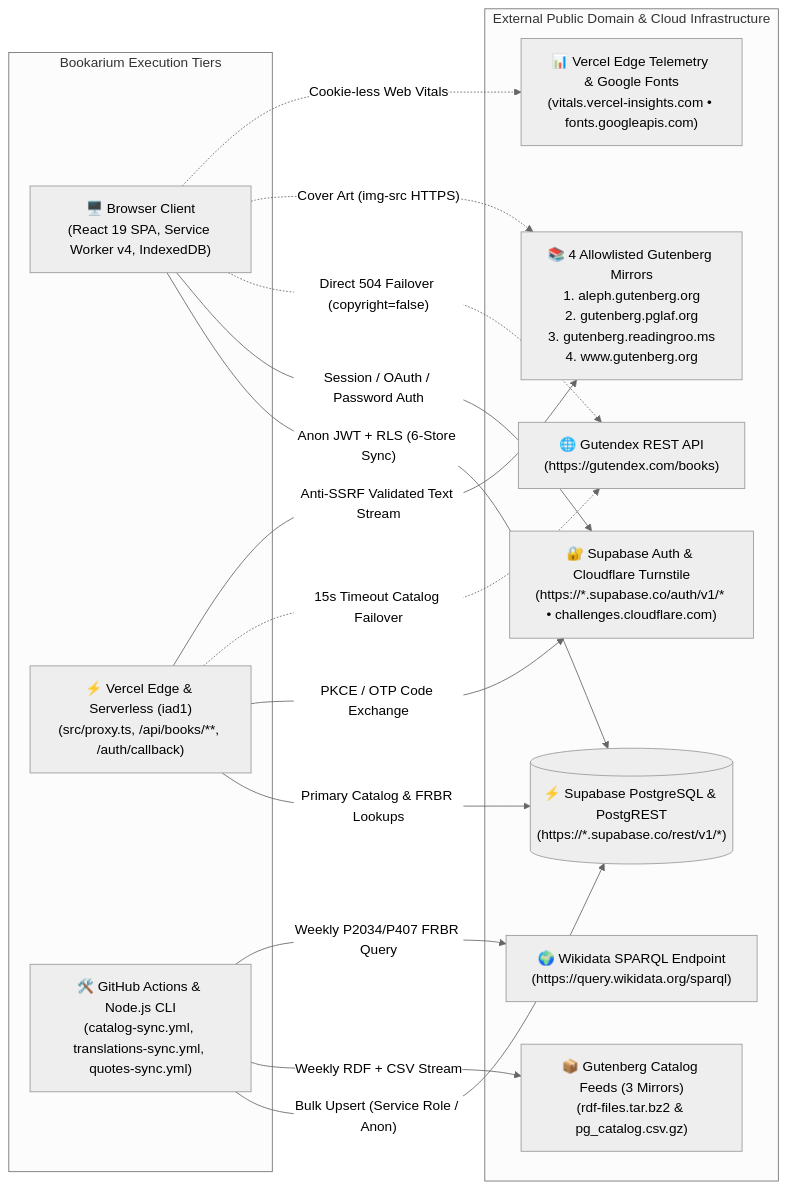
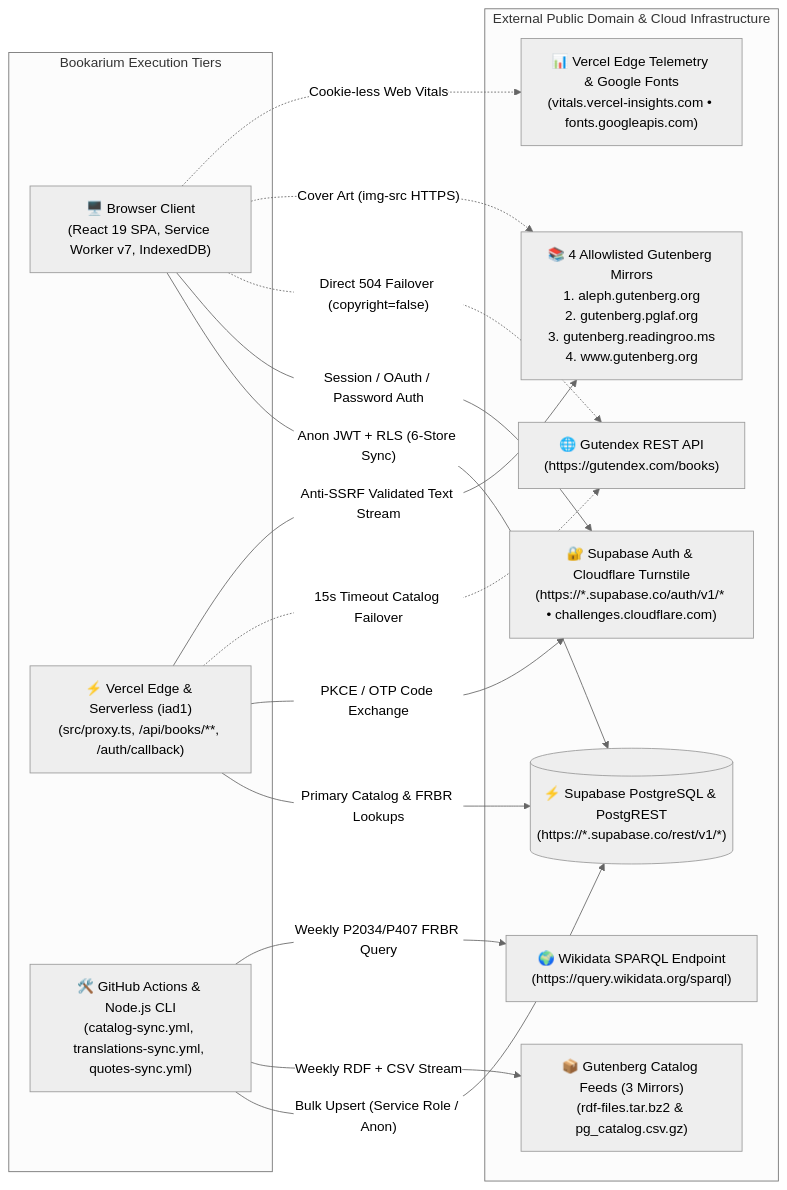
One commit to calin-m/Bookarium changed the tenth of 12 diagrams in docs/ARCHITECTURE.md. Above: the diagram before and after it, drawn with Mermaid (neutral theme). The commit also changed other lines of this file and 73 other files, not shown here.

First line of the commit message:
refactor(architecture): dynamic AST/SQL matrix extraction & 4-tier DRY subcomponentization

````diff
--- a/docs/ARCHITECTURE.md
+++ b/docs/ARCHITECTURE.md
@@ -1465,31 +1506,31 @@
 ```mermaid
 flowchart LR
     subgraph BookariumRuntime ["Bookarium Execution Tiers"]
-        BrowserTier["🖥️ Browser Client\n(React 19 SPA, Service Worker v4, IndexedDB)"]
+        BrowserTier["🖥️ Browser Client\n(React 19 SPA, Service Worker v7, IndexedDB)"]
         EdgeTier["⚡ Vercel Edge & Serverless (iad1)\n(src/proxy.ts, /api/books/**, /auth/callback)"]
         CLITier["🛠️ GitHub Actions & Node.js CLI\n(catalog-sync.yml, translations-sync.yml, quotes-sync.yml)"]
     end
 
     subgraph ExternalSystems ["External Public Domain & Cloud Infrastructure"]
         SupaDB[("⚡ Supabase PostgreSQL & PostgREST\n(https://*.supabase.co/rest/v1/*)")]
         SupaAuth["🔐 Supabase Auth & Cloudflare Turnstile\n(https://*.supabase.co/auth/v1/* • challenges.cloudflare.com)"]
         GutendexAPI["🌐 Gutendex REST API\n(https://gutendex.com/books)"]
         GutenbergMirrors["📚 4 Allowlisted Gutenberg Mirrors\n1. aleph.gutenberg.org\n2. gutenberg.pglaf.org\n3. gutenberg.readingroo.ms\n4. www.gutenberg.org"]
         GutenbergFeeds["📦 Gutenberg Catalog Feeds (3 Mirrors)\n(rdf-files.tar.bz2 & pg_catalog.csv.gz)"]
         WikidataAPI["🌍 Wikidata SPARQL Endpoint\n(https://query.wikidata.org/sparql)"]
         VercelRUM["📊 Vercel Edge Telemetry & Google Fonts\n(vitals.vercel-insights.com • fonts.googleapis.com)"]
     end
 
     BrowserTier -->|"Anon JWT + RLS (6-Store Sync)"| SupaDB
     BrowserTier -->|"Session / OAuth / Password Auth"| SupaAuth
     BrowserTier -.->|"Direct 504 Failover (copyright=false)"| GutendexAPI
     BrowserTier -.->|"Cover Art (img-src HTTPS)"| GutenbergMirrors
     BrowserTier -.->|"Cookie-less Web Vitals"| VercelRUM
     EdgeTier -->|"Primary Catalog & FRBR Lookups"| SupaDB
     EdgeTier -->|"PKCE / OTP Code Exchange"| SupaAuth
     EdgeTier -.->|"15s Timeout Catalog Failover"| GutendexAPI
     EdgeTier -->|"Anti-SSRF Validated Text Stream"| GutenbergMirrors
     CLITier -->|"Bulk Upsert (Service Role / Anon)"| SupaDB
     CLITier -->|"Weekly RDF + CSV Stream"| GutenbergFeeds
     CLITier -->|"Weekly P2034/P407 FRBR Query"| WikidataAPI
 ```
````
